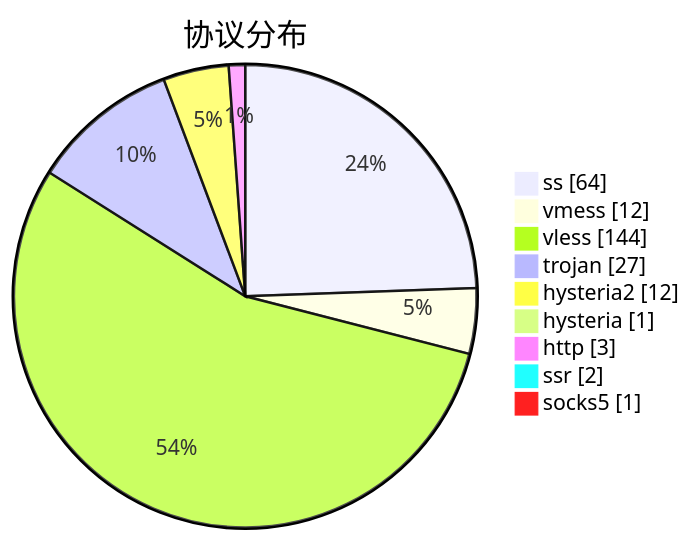
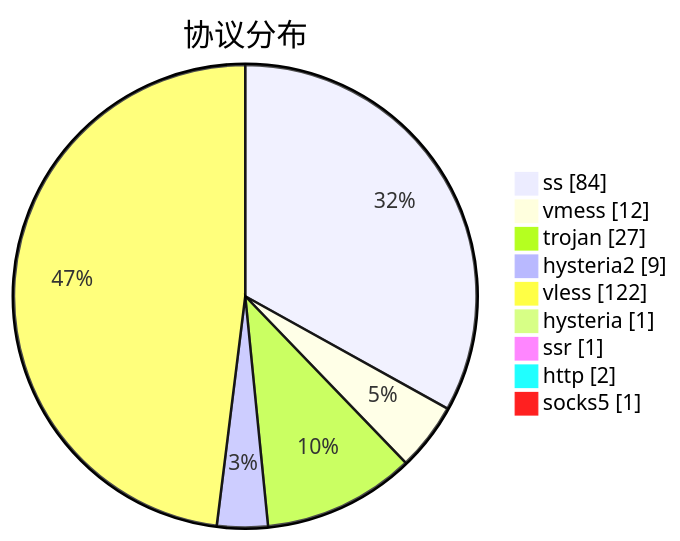
The third of 3 diagrams in subs/statistics/tested_within.md (sinspired/airport), drawn with Mermaid before and after one commit. The commit also changed other lines of this file and 2 other files, not shown here.

````diff
--- a/subs/statistics/tested_within.md
+++ b/subs/statistics/tested_within.md
@@ -40,13 +38,13 @@
 ```mermaid
 pie showData
 title 协议分布
-"ss" : 64
+"ss" : 84
 "vmess" : 12
-"vless" : 144
 "trojan" : 27
-"hysteria2" : 12
+"hysteria2" : 9
+"vless" : 122
 "hysteria" : 1
-"http" : 3
-"ssr" : 2
+"ssr" : 1
+"http" : 2
 "socks5" : 1
 ```
````
